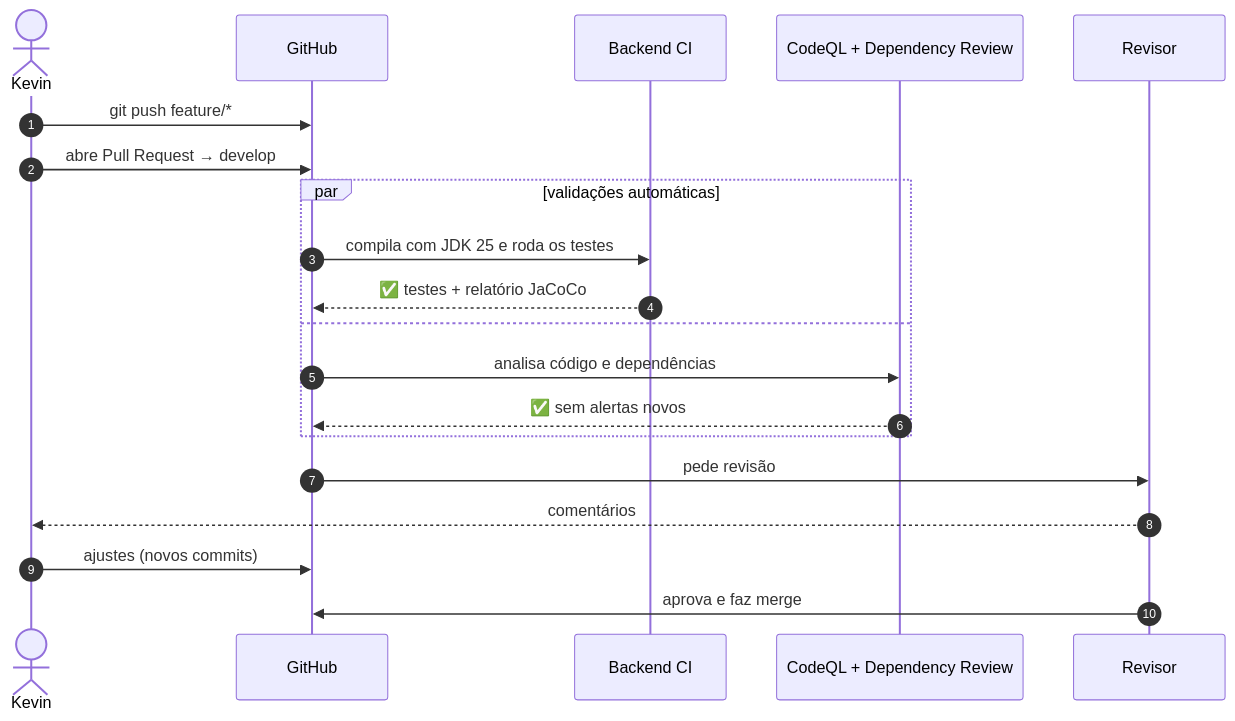
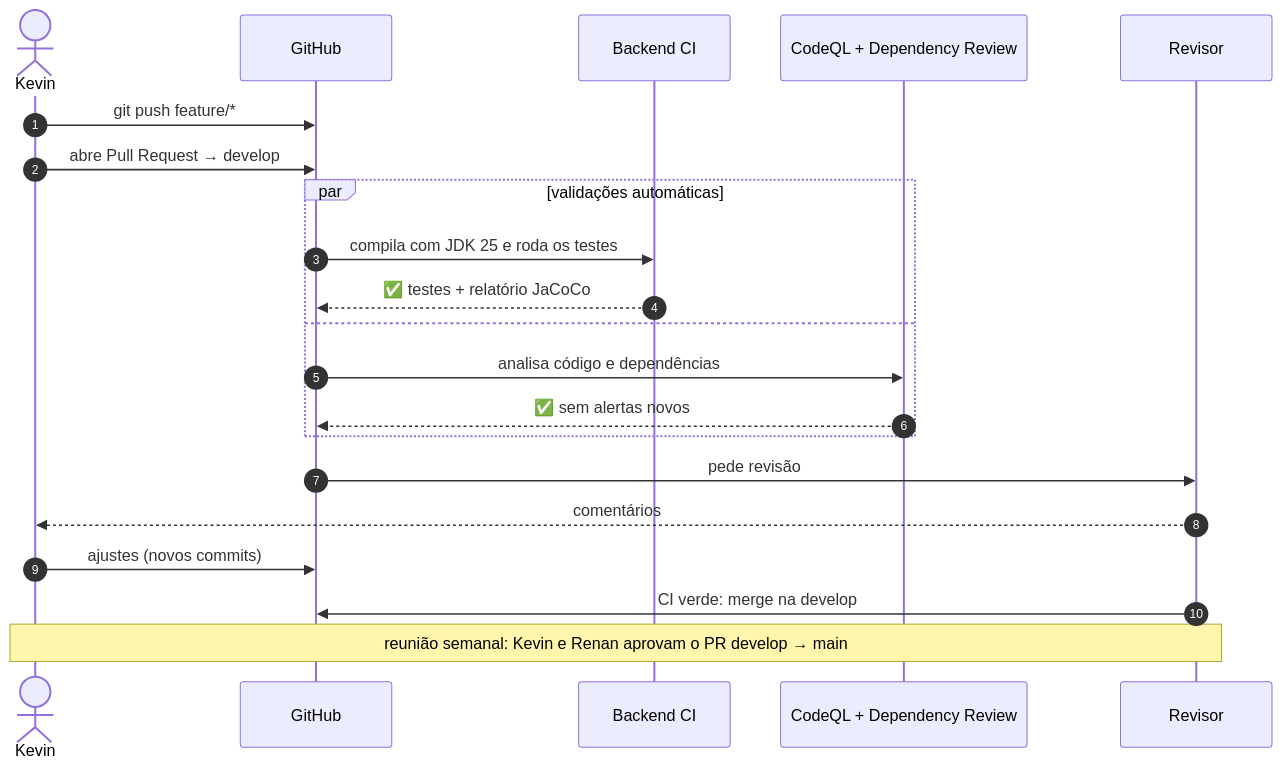
One commit to k3vinrich4rd/k3vinrich4rd changed diagram 11 of 22 in README.md. Above: the diagram before and after it, drawn with Mermaid. The commit also changed other lines of this file and 5 other files, not shown here.

````diff
--- a/README.md
+++ b/README.md
@@ -889,22 +914,23 @@
 ```mermaid
 sequenceDiagram
     autonumber
     actor K as Kevin
     participant GH as GitHub
     participant CI as Backend CI
     participant SEC as CodeQL + Dependency Review
     participant R as Revisor
     K->>GH: git push feature/*
     K->>GH: abre Pull Request → develop
     par validações automáticas
         GH->>CI: compila com JDK 25 e roda os testes
         CI-->>GH: ✅ testes + relatório JaCoCo
     and
         GH->>SEC: analisa código e dependências
         SEC-->>GH: ✅ sem alertas novos
     end
     GH->>R: pede revisão
     R-->>K: comentários
     K->>GH: ajustes (novos commits)
-    R->>GH: aprova e faz merge
+    R->>GH: CI verde: merge na develop
+    Note over K,R: reunião semanal: Kevin e Renan aprovam o PR develop → main
 ```
````
